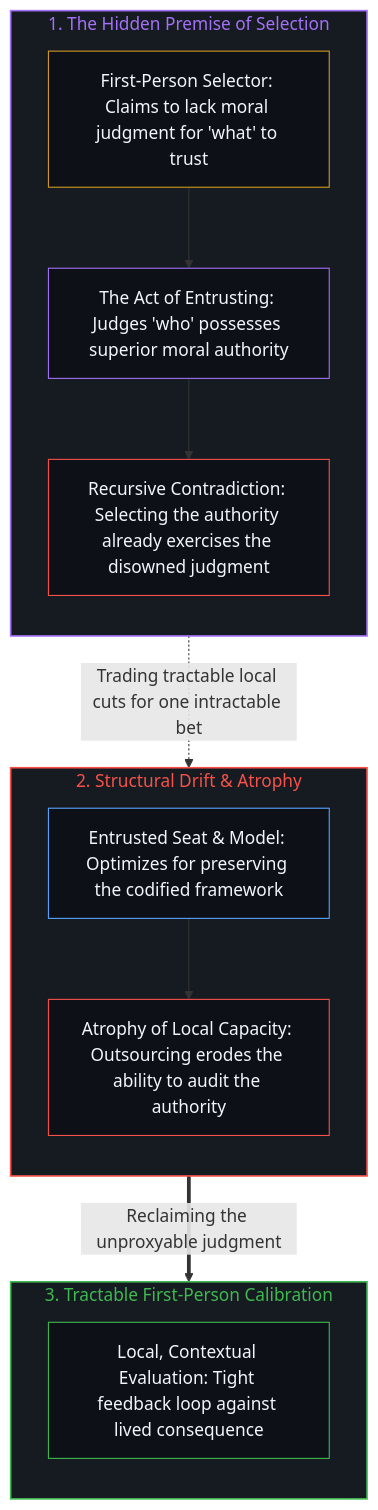
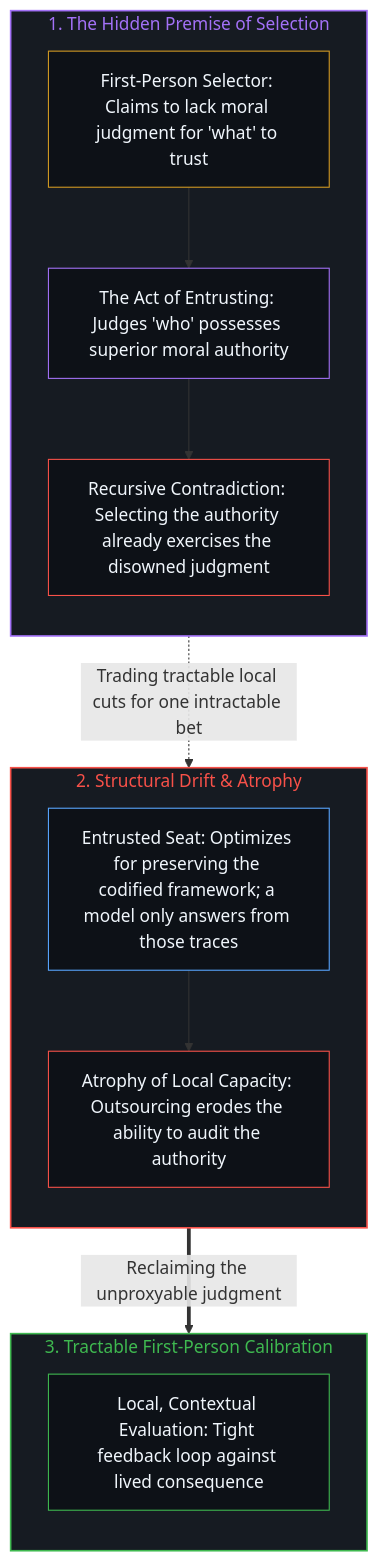
Before and after one commit to powerpig99/not-a-toe: the second of 2 diagrams in content/posts/recursive-contradiction-of-entrusted-morality.md, drawn with Mermaid. The commit also changed other lines of this file and 7 other files, not shown here.

````diff
--- a/content/posts/recursive-contradiction-of-entrusted-morality.md
+++ b/content/posts/recursive-contradiction-of-entrusted-morality.md
@@ -53,31 +53,31 @@
 ```mermaid
 flowchart TD
     subgraph S_Select["1. The Hidden Premise of Selection"]
         direction TB
         M_Judge["First-Person Selector: Claims to lack moral judgment for 'what' to trust"]
         M_Pick["The Act of Entrusting: Judges 'who' possesses superior moral authority"]
         M_Para["Recursive Contradiction: Selecting the authority already exercises the disowned judgment"]
         M_Judge --> M_Pick --> M_Para
     end
     subgraph S_Drift["2. Structural Drift & Atrophy"]
         direction TB
-        D_Codify["Entrusted Seat & Model: Optimizes for preserving the codified framework"]
+        D_Codify["Entrusted Seat: Optimizes for preserving the codified framework; a model only answers from those traces"]
         D_Decay["Atrophy of Local Capacity: Outsourcing erodes the ability to audit the authority"]
         D_Codify --> D_Decay
     end
     subgraph S_Local["3. Tractable First-Person Calibration"]
         direction TB
         L_Edge["Local, Contextual Evaluation: Tight feedback loop against lived consequence"]
     end
     M_Para -.->|"Trading tractable local cuts for one intractable bet"| D_Codify
     D_Decay ==>|"Reclaiming the unproxyable judgment"| L_Edge
     style S_Select fill:#161b22,stroke:#a371f7,stroke-width:1.5px,color:#a371f7
     style S_Drift fill:#161b22,stroke:#f85149,stroke-width:1.5px,color:#f85149
     style S_Local fill:#161b22,stroke:#3fb950,stroke-width:1.5px,color:#3fb950
     style M_Judge fill:#0d1117,stroke:#d29922,stroke-width:1px,color:#f0f6fc
     style M_Pick fill:#0d1117,stroke:#a371f7,stroke-width:1px,color:#f0f6fc
     style M_Para fill:#0d1117,stroke:#f85149,stroke-width:1px,color:#f0f6fc
     style D_Codify fill:#0d1117,stroke:#58a6ff,stroke-width:1px,color:#f0f6fc
     style D_Decay fill:#0d1117,stroke:#f85149,stroke-width:1px,color:#f0f6fc
     style L_Edge fill:#0d1117,stroke:#3fb950,stroke-width:1px,color:#f0f6fc
 ```
````
